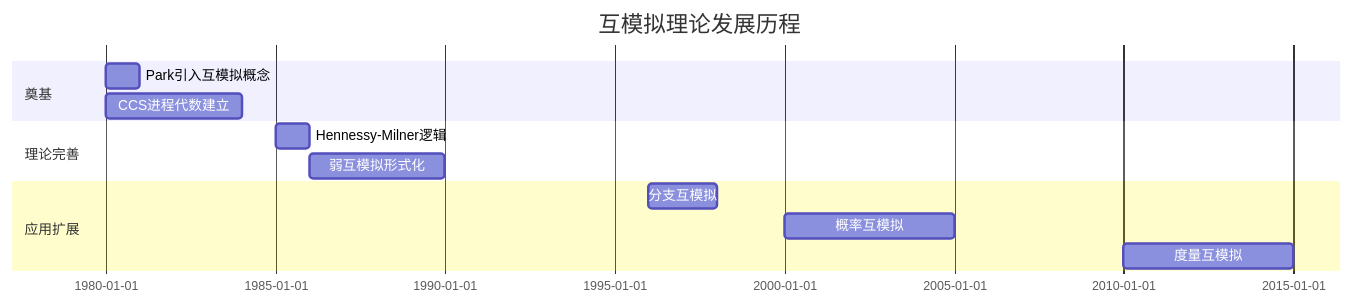
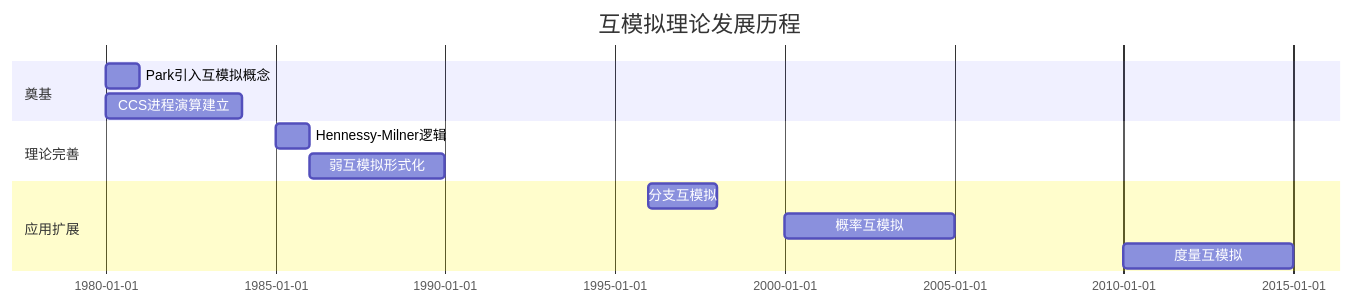
One commit to AdaMartin18010/AnalysisDataFlow changed the seventh of 8 diagrams in formal-methods/98-appendices/wikipedia-concepts/09-bisimulation.md. Above: the diagram before and after it, drawn with Mermaid. The commit also changed other lines of this file and 129 other files, not shown here.

````diff
--- a/formal-methods/98-appendices/wikipedia-concepts/09-bisimulation.md
+++ b/formal-methods/98-appendices/wikipedia-concepts/09-bisimulation.md
@@ -518,15 +518,15 @@
 ```mermaid
 gantt
     title 互模拟理论发展历程
     dateFormat YYYY
     section 奠基
     Park引入互模拟概念     :1980, 1981
-    CCS进程代数建立         :1980, 1984
+    CCS进程演算建立         :1980, 1984
     section 理论完善
     Hennessy-Milner逻辑    :1985, 1986
     弱互模拟形式化          :1986, 1990
     section 应用扩展
     分支互模拟              :1996, 1998
     概率互模拟              :2000, 2005
     度量互模拟              :2010, 2015
 ```
````
